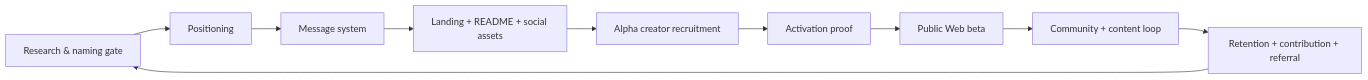
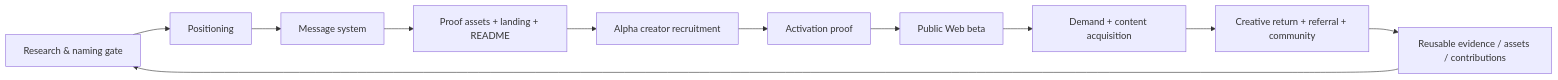
The second of 2 diagrams in docs/marketing/README.md (az1nn/openband), drawn with Mermaid before and after one commit. The commit also changed other lines of this file and 11 other files, not shown here.

````diff
--- a/docs/marketing/README.md
+++ b/docs/marketing/README.md
@@ -94,12 +100,13 @@
 ```mermaid
 flowchart LR
   A[Research & naming gate] --> B[Positioning]
   B --> C[Message system]
-  C --> D[Landing + README + social assets]
+  C --> D[Proof assets + landing + README]
   D --> E[Alpha creator recruitment]
   E --> F[Activation proof]
   F --> G[Public Web beta]
-  G --> H[Community + content loop]
-  H --> I[Retention + contribution + referral]
-  I --> A
+  G --> H[Demand + content acquisition]
+  H --> I[Creative return + referral + community]
+  I --> J[Reusable evidence / assets / contributions]
+  J --> A
 ```
````
